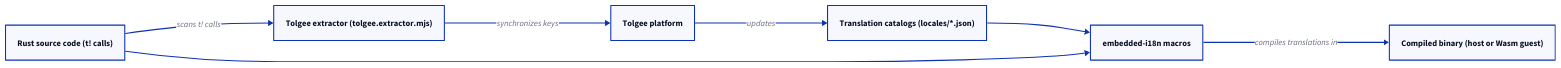
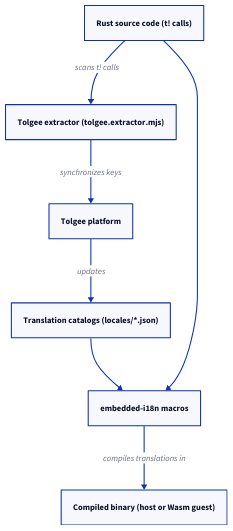
Before and after one commit to xila-project/website: the diagram in src/content/docs/explanation/architecture/libraries/internationalization.mdx, drawn with D2. The commit also changed 6 other files, not shown here.

First line of the commit message:
docs(diagrams): tighten the shape classes and widths of the libraries diagrams

````diff
--- a/src/content/docs/explanation/architecture/libraries/internationalization.mdx
+++ b/src/content/docs/explanation/architecture/libraries/internationalization.mdx
@@ -89,15 +89,15 @@
 ```d2 title="Compile-time translation flow"
-direction: right
-source: Rust source code (t! calls) { class: component }
+direction: down
+source: Rust source code (t! calls) { class: io }
 extractor: Tolgee extractor (tolgee.extractor.mjs) { class: component }
 tolgee: Tolgee platform { class: component }
 catalogs: "Translation catalogs (locales/*.json)" { class: stored }
 macros: embedded-i18n macros { class: component }
-binary: Compiled binary (host or Wasm guest) { class: focus }
+binary: Compiled binary (host or Wasm guest) { class: io }
 source -> extractor: scans t! calls
 extractor -> tolgee: synchronizes keys
 tolgee -> catalogs: updates
 catalogs -> macros
 source -> macros
 macros -> binary: compiles translations in
 ```
````
